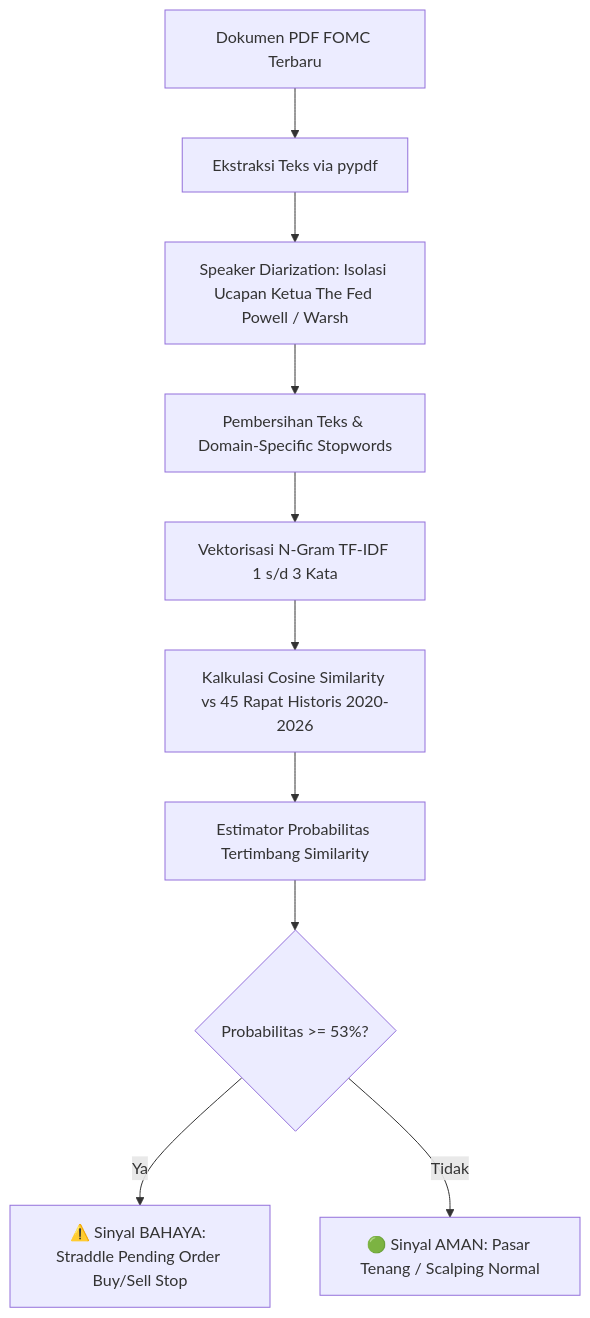
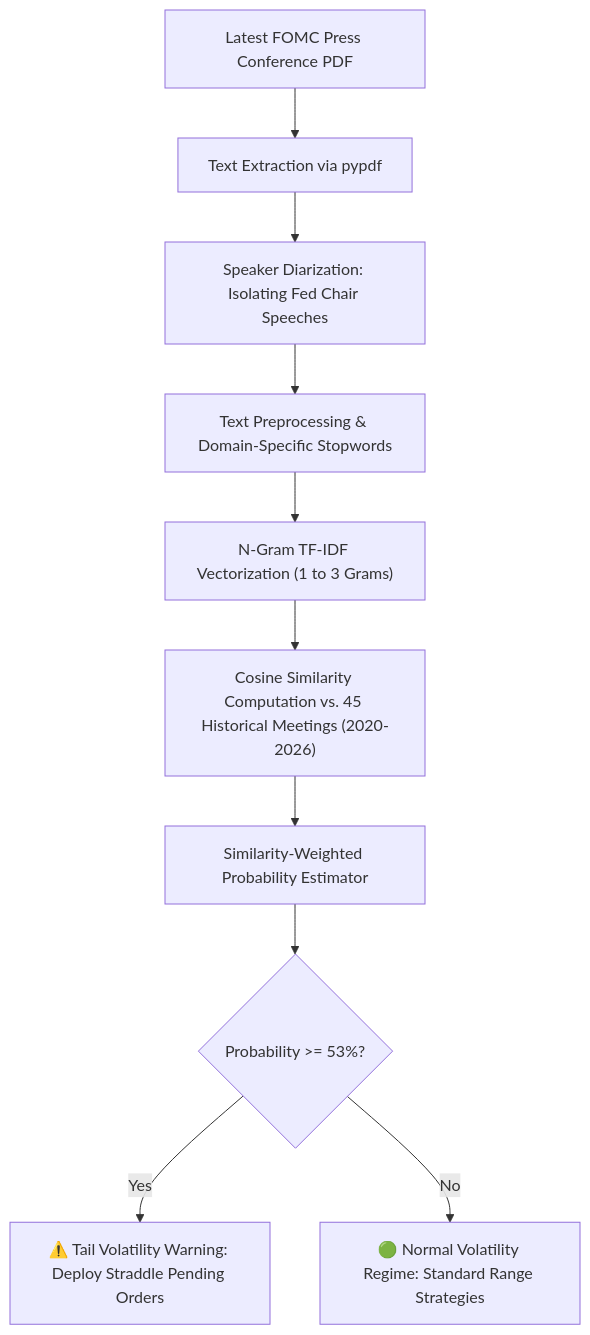
The diagram in README.md (pranataa-labs/FOMC-Gold-Tail-Volatility-NLP), drawn with Mermaid before and after one commit. The commit also changed other lines of this file, not shown here.

````diff
--- a/README.md
+++ b/README.md
@@ -44,12 +44,12 @@
 ```mermaid
 flowchart TD
-    A[Dokumen PDF FOMC Terbaru] --> B[Ekstraksi Teks via pypdf]
-    B --> C[Speaker Diarization: Isolasi Ucapan Ketua The Fed Powell / Warsh]
-    C --> D[Pembersihan Teks & Domain-Specific Stopwords]
-    D --> E[Vektorisasi N-Gram TF-IDF 1 s/d 3 Kata]
-    E --> F[Kalkulasi Cosine Similarity vs 45 Rapat Historis 2020-2026]
-    F --> G[Estimator Probabilitas Tertimbang Similarity]
-    G --> H{Probabilitas >= 53%?}
-    H -- Ya --> I[⚠️ Sinyal BAHAYA: Straddle Pending Order Buy/Sell Stop]
-    H -- Tidak --> J[🟢 Sinyal AMAN: Pasar Tenang / Scalping Normal]
+    A["Latest FOMC Press Conference PDF"] --> B["Text Extraction via pypdf"]
+    B --> C["Speaker Diarization: Isolating Fed Chair Speeches"]
+    C --> D["Text Preprocessing & Domain-Specific Stopwords"]
+    D --> E["N-Gram TF-IDF Vectorization (1 to 3 Grams)"]
+    E --> F["Cosine Similarity Computation vs. 45 Historical Meetings (2020-2026)"]
+    F --> G["Similarity-Weighted Probability Estimator"]
+    G --> H{"Probability >= 53%?"}
+    H -- Yes --> I["⚠️ Tail Volatility Warning: Deploy Straddle Pending Orders"]
+    H -- No --> J["🟢 Normal Volatility Regime: Standard Range Strategies"]
 ```
````
